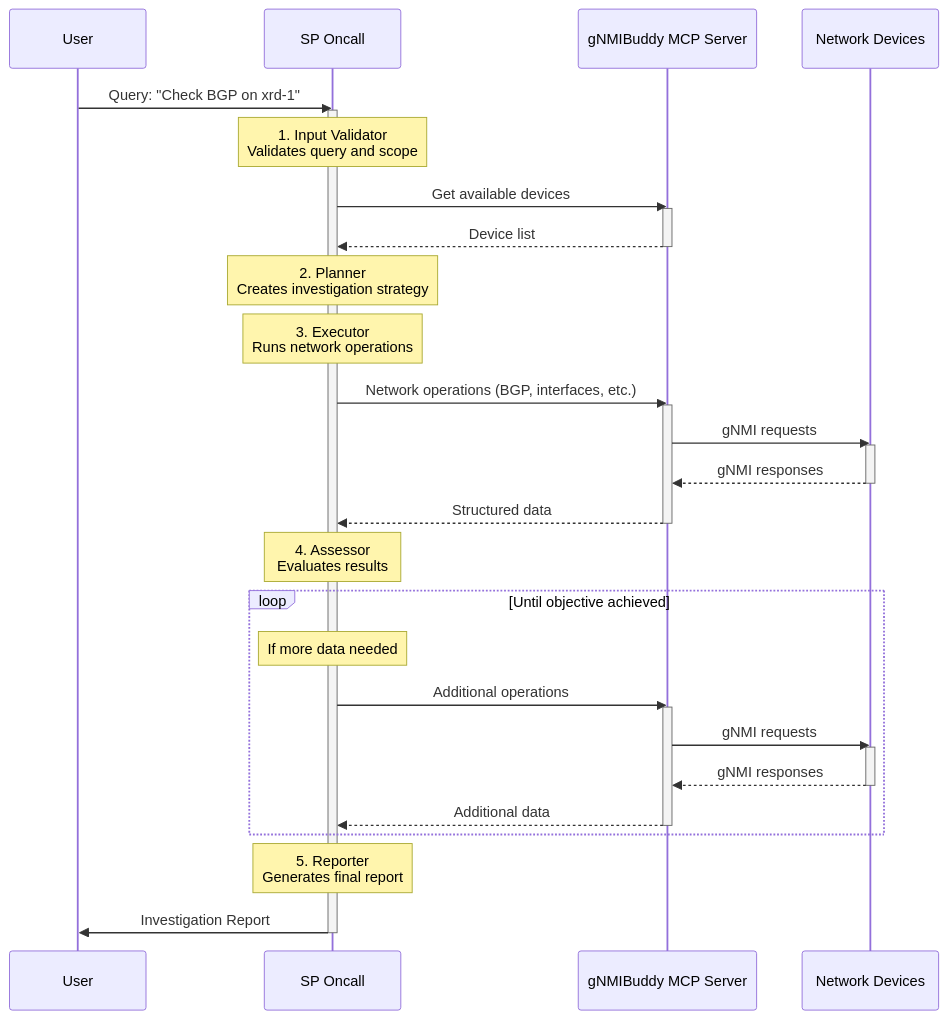
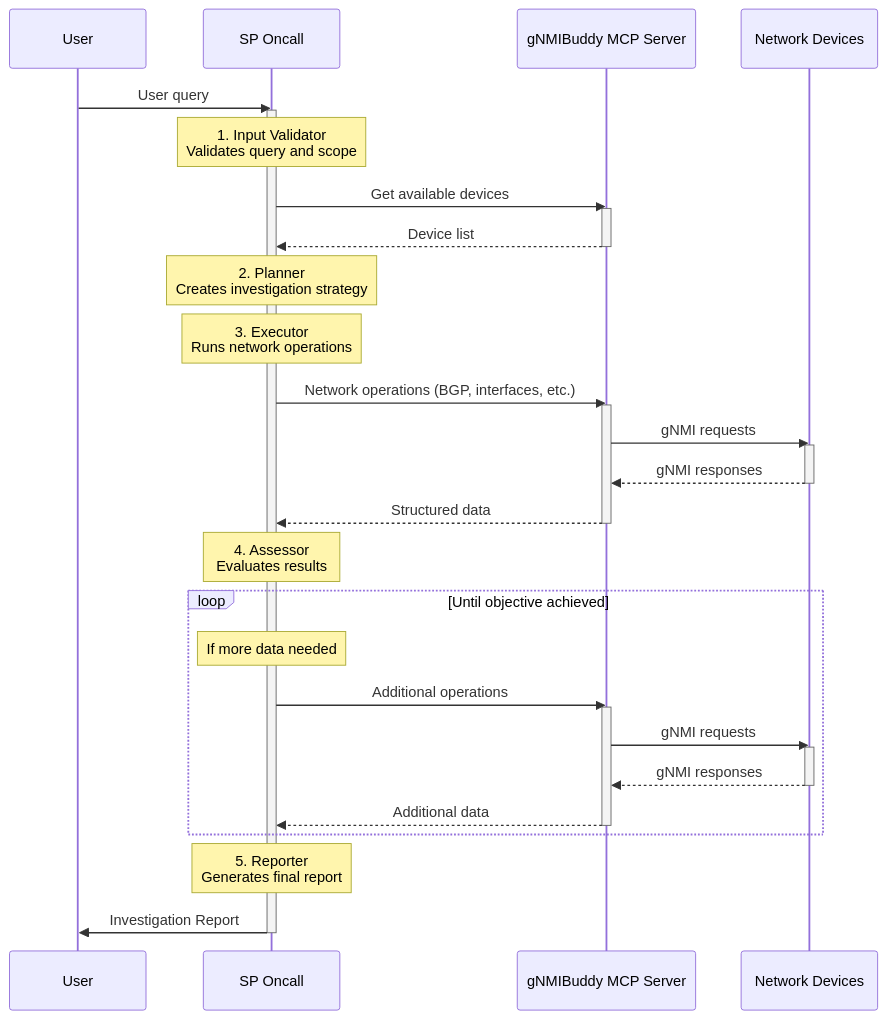
One commit to jillesca/sp_oncall changed the diagram in README.md. Above: the diagram before and after it, drawn with Mermaid.

Commit message:
docs: Update user query example in README for clarity

````diff
--- a/README.md
+++ b/README.md
@@ -23,46 +23,46 @@
 ```mermaid
 sequenceDiagram
     participant User
     participant SPOncall as SP Oncall
     participant MCP as gNMIBuddy MCP Server
     participant Devices as Network Devices
 
-    User->>SPOncall: Query: "Check BGP on xrd-1"
+    User->>SPOncall: User query
     activate SPOncall
 
     Note over SPOncall: 1. Input Validator<br/>Validates query and scope
     SPOncall->>MCP: Get available devices
     activate MCP
     MCP-->>SPOncall: Device list
     deactivate MCP
 
     Note over SPOncall: 2. Planner<br/>Creates investigation strategy
 
     Note over SPOncall: 3. Executor<br/>Runs network operations
     SPOncall->>MCP: Network operations (BGP, interfaces, etc.)
     activate MCP
     MCP->>Devices: gNMI requests
     activate Devices
     Devices-->>MCP: gNMI responses
     deactivate Devices
     MCP-->>SPOncall: Structured data
     deactivate MCP
 
     Note over SPOncall: 4. Assessor<br/>Evaluates results
 
     loop Until objective achieved
         Note over SPOncall: If more data needed
         SPOncall->>MCP: Additional operations
         activate MCP
         MCP->>Devices: gNMI requests
         activate Devices
         Devices-->>MCP: gNMI responses
         deactivate Devices
         MCP-->>SPOncall: Additional data
         deactivate MCP
     end
 
     Note over SPOncall: 5. Reporter<br/>Generates final report
     SPOncall->>User: Investigation Report
     deactivate SPOncall
 ```
````
